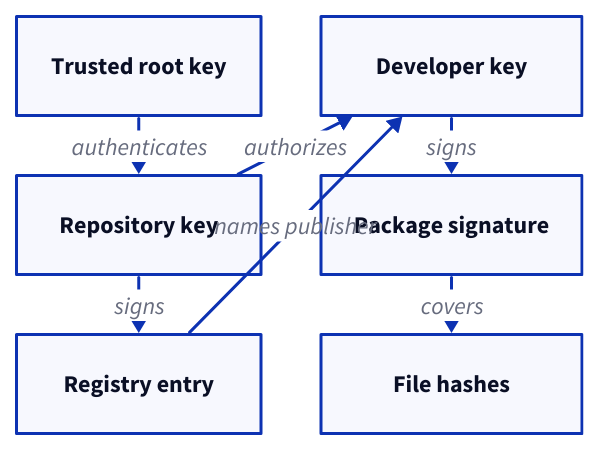
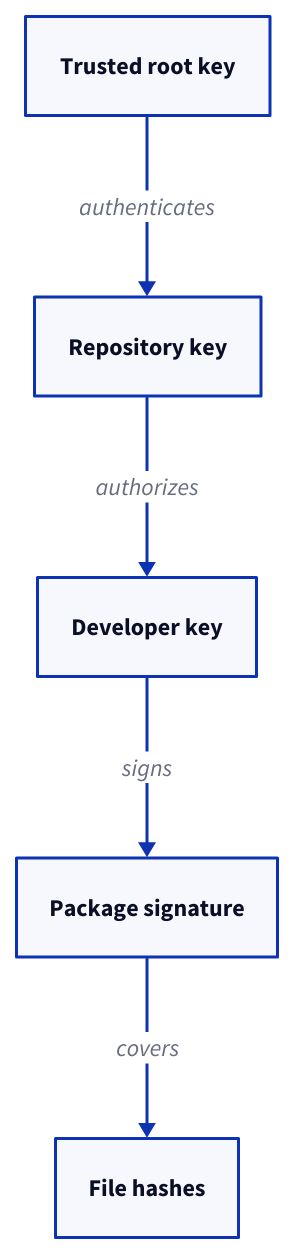
Before and after one commit to xila-project/website: the second of 2 diagrams in src/content/docs/explanation/package-management.mdx, drawn with D2. The commit also changed other lines of this file and 1 other file, not shown here.

First line of the commit message:
docs(diagrams): use grid-free layouts for three converted diagrams

````diff
--- a/src/content/docs/explanation/package-management.mdx
+++ b/src/content/docs/explanation/package-management.mdx
@@ -53,18 +51,14 @@
 ```d2 title="Trust chain of a repository install"
 direction: down
-grid-columns: 2
 
 root_key: "Trusted root key" { class: key }
 repository_key: "Repository key" { class: key }
-entry: "Registry entry" { class: record }
 developer_key: "Developer key" { class: key }
 signature: "Package signature" { class: record }
 hashes: "File hashes" { class: component }
 
 root_key -> repository_key: authenticates { class: trust }
-repository_key -> entry: signs { class: trust }
 repository_key -> developer_key: authorizes { class: trust }
-entry -> developer_key: "names publisher"
 developer_key -> signature: signs { class: trust }
 signature -> hashes: covers
 ```
````
